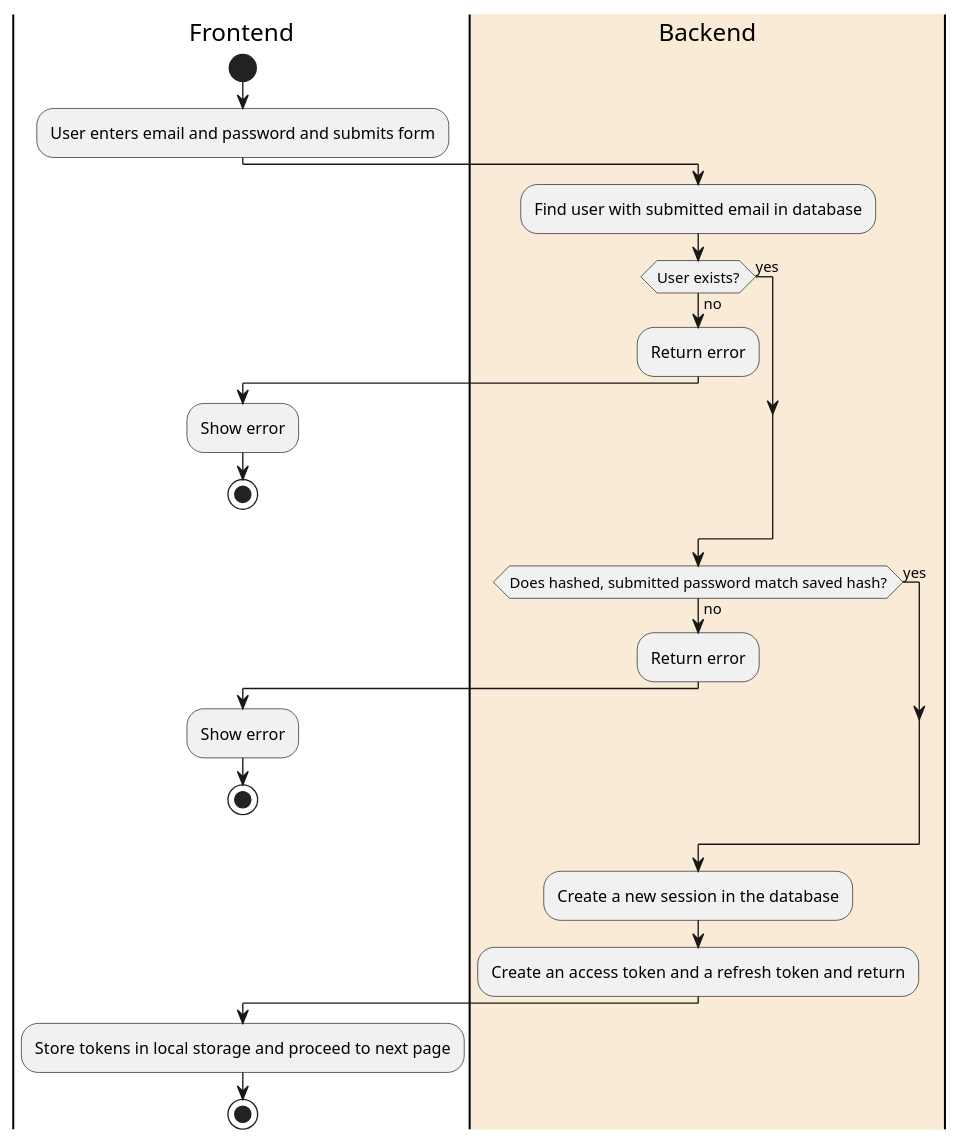
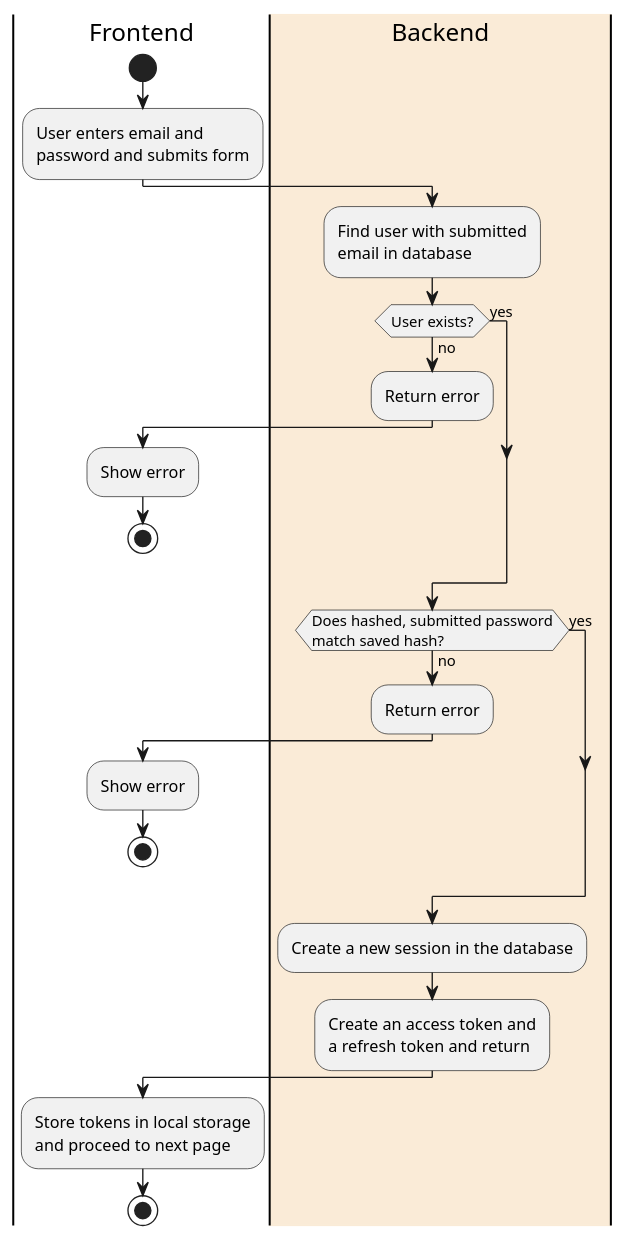
The first of 2 diagrams in docs/architecture/security/authentication-session-management.md (gipfeli-io/documentation), drawn with PlantUML before and after one commit. The commit also changed other lines of this file and 1 other file, not shown here.

Commit message:
Finetune security

````diff
--- a/docs/architecture/security/authentication-session-management.md
+++ b/docs/architecture/security/authentication-session-management.md
@@ -31,34 +31,34 @@
 ```plantuml Authentication flow
 
 @startuml
 
 |Frontend|
 start
-:User enters email and password and submits form;
+:User enters email and\npassword and submits form;
 |#AntiqueWhite|Backend|
-:Find user with submitted email in database;
+:Find user with submitted\nemail in database;
 if (User exists?) then (yes)
 else (no)
   :Return error;
   |Frontend|
   :Show error;
   stop
 endif
 |#AntiqueWhite|Backend|
-if (Does hashed, submitted password match saved hash?) then (yes)
+if (Does hashed, submitted password\nmatch saved hash?) then (yes)
 else (no)
   :Return error;
   |Frontend|
   :Show error;
   stop
 endif
 |#AntiqueWhite|Backend|
 :Create a new session in the database;
-:Create an access token and a refresh token and return;
+:Create an access token and\na refresh token and return;
 |Frontend|
-:Store tokens in local storage and proceed to next page;
+:Store tokens in local storage\nand proceed to next page;
 stop
 
 @enduml
 
 ```
````
